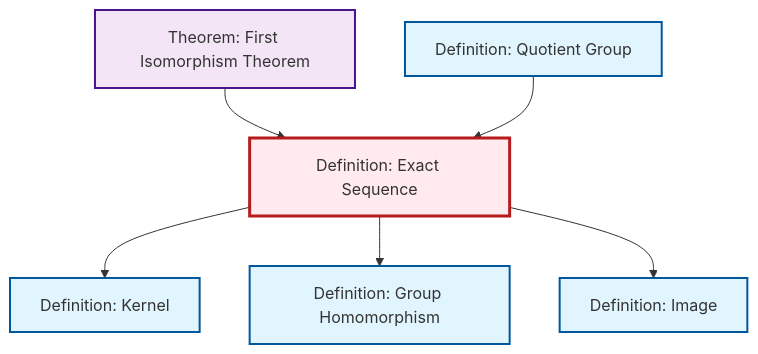
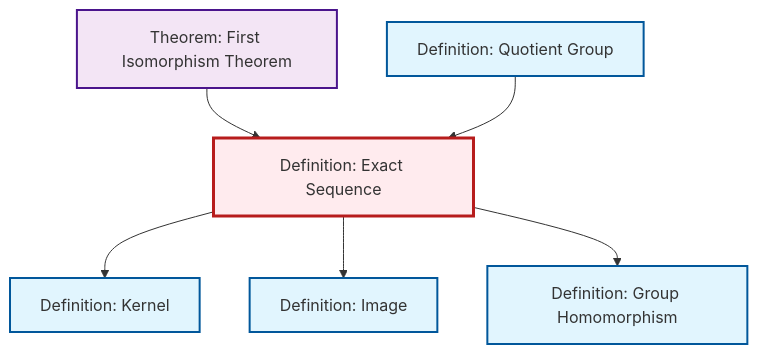
The diagram in content/en/algebra/def-exact-sequence.qmd (RK0429/ModernMath), drawn with Mermaid before and after one commit. The commit also changed other lines of this file and 672 other files, not shown here.

````diff
--- a/content/en/algebra/def-exact-sequence.qmd
+++ b/content/en/algebra/def-exact-sequence.qmd
@@ -105,26 +105,26 @@
 ```{mermaid}
 %%| fig-cap: "Local dependency graph"
 graph TD
     classDef definition fill:#e1f5fe,stroke:#01579b,stroke-width:2px
     classDef theorem fill:#f3e5f5,stroke:#4a148c,stroke-width:2px
     classDef axiom fill:#fff3e0,stroke:#e65100,stroke-width:2px
     classDef example fill:#e8f5e9,stroke:#1b5e20,stroke-width:2px
     classDef current fill:#ffebee,stroke:#b71c1c,stroke-width:3px
+    def-exact-sequence["Definition: Exact Sequence"]:::definition
+    def-quotient-group["Definition: Quotient Group"]:::definition
+    thm-first-isomorphism["Theorem: First Isomorphism Theorem"]:::theorem
+    def-homomorphism["Definition: Group Homomorphism"]:::definition
     def-kernel["Definition: Kernel"]:::definition
     def-image["Definition: Image"]:::definition
-    def-quotient-group["Definition: Quotient Group"]:::definition
-    def-homomorphism["Definition: Group Homomorphism"]:::definition
-    def-exact-sequence["Definition: Exact Sequence"]:::definition
-    thm-first-isomorphism["Theorem: First Isomorphism Theorem"]:::theorem
     def-exact-sequence --> def-kernel
+    def-exact-sequence --> def-image
+    thm-first-isomorphism --> def-exact-sequence
     def-exact-sequence --> def-homomorphism
-    thm-first-isomorphism --> def-exact-sequence
-    def-exact-sequence --> def-image
     def-quotient-group --> def-exact-sequence
     class def-exact-sequence current
+    click def-quotient-group "def-quotient-group.html" "Go to Quotient Group definition"
+    click thm-first-isomorphism "thm-first-isomorphism.html" "Go to First Isomorphism Theorem theorem"
+    click def-homomorphism "def-homomorphism.html" "Go to Group Homomorphism definition"
     click def-kernel "def-kernel.html" "Go to Kernel definition"
     click def-image "def-image.html" "Go to Image definition"
-    click def-quotient-group "def-quotient-group.html" "Go to Quotient Group definition"
-    click def-homomorphism "def-homomorphism.html" "Go to Group Homomorphism definition"
-    click thm-first-isomorphism "thm-first-isomorphism.html" "Go to First Isomorphism Theorem theorem"
 ```
````
